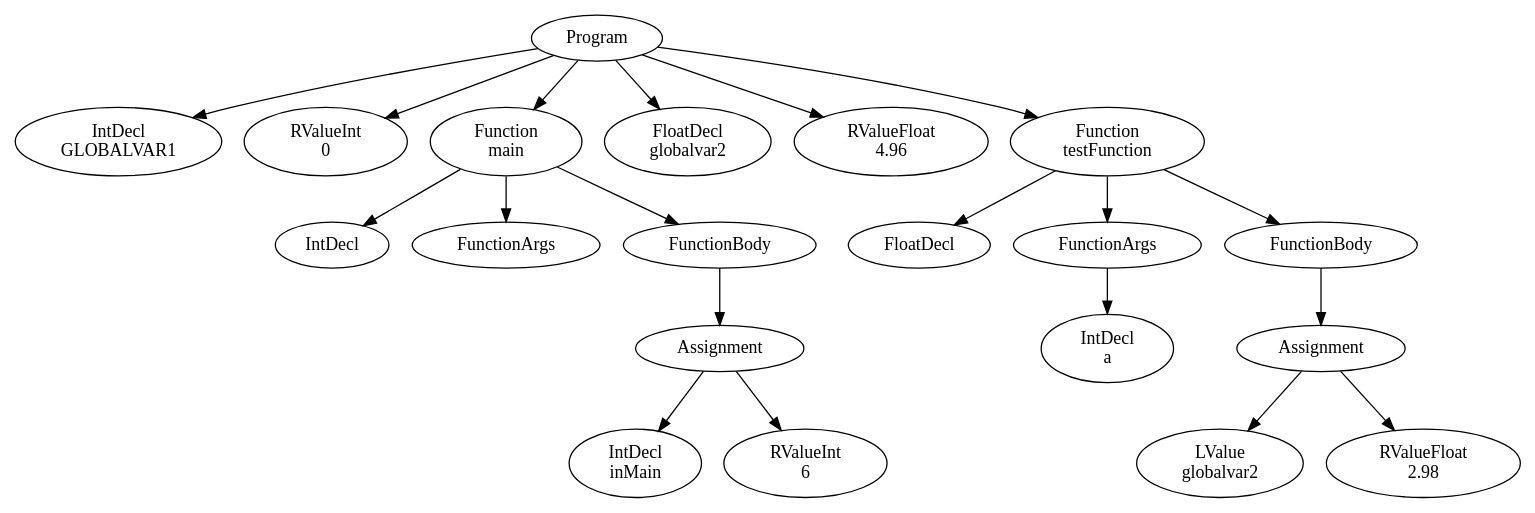
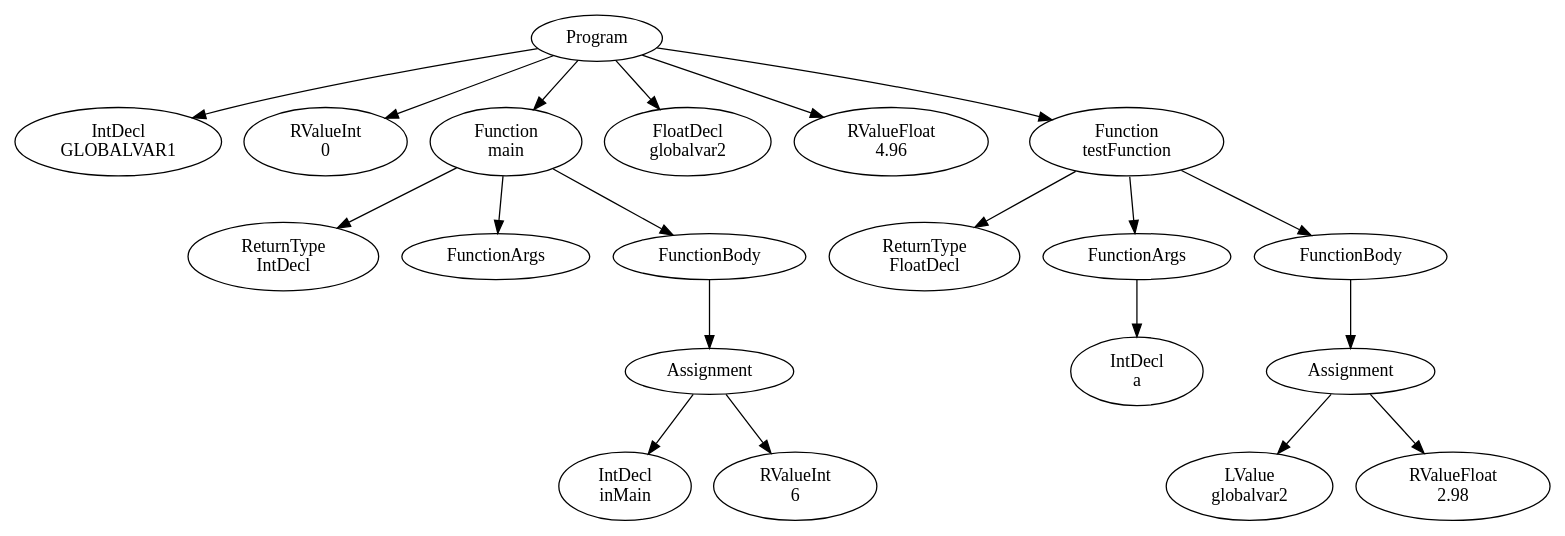
The diagram in official/res/solutions/global_vars.dot (FedericoQuin/Compilers), drawn with Graphviz before and after one commit. The commit also changed 22 other files, not shown here.

```diff
--- a/official/res/solutions/global_vars.dot
+++ b/official/res/solutions/global_vars.dot
@@ -1,41 +1,41 @@
 digraph AST {
 4 [label="Program"];
 5 [label="IntDecl \nGLOBALVAR1"];
 6 [label="RValueInt \n0"];
 7 [label="Function \nmain"];
-8 [label="IntDecl"];
+8 [label="ReturnType \nIntDecl"];
 9 [label="FunctionArgs"];
 10 [label="FunctionBody"];
 11 [label="Assignment"];
 12 [label="IntDecl \ninMain"];
 13 [label="RValueInt \n6"];
 11 -> 12;
 11 -> 13;
 10 -> 11;
 7 -> 8;
 7 -> 9;
 7 -> 10;
 14 [label="FloatDecl \nglobalvar2"];
 15 [label="RValueFloat \n4.96"];
 16 [label="Function \ntestFunction"];
-17 [label="FloatDecl"];
+17 [label="ReturnType \nFloatDecl"];
 18 [label="FunctionArgs"];
 19 [label="IntDecl \na"];
 18 -> 19;
 20 [label="FunctionBody"];
 21 [label="Assignment"];
 22 [label="LValue \nglobalvar2"];
 23 [label="RValueFloat \n2.98"];
 21 -> 22;
 21 -> 23;
 20 -> 21;
 16 -> 17;
 16 -> 18;
 16 -> 20;
 4 -> 5;
 4 -> 6;
 4 -> 7;
 4 -> 14;
 4 -> 15;
 4 -> 16;
 }
```
